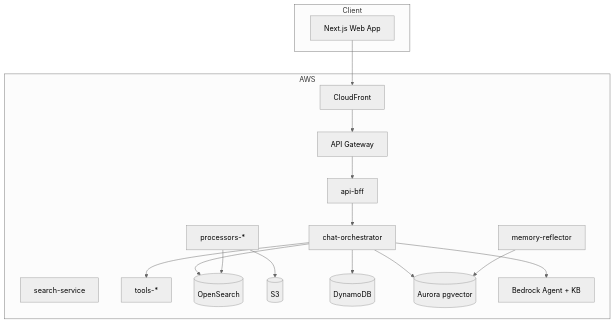
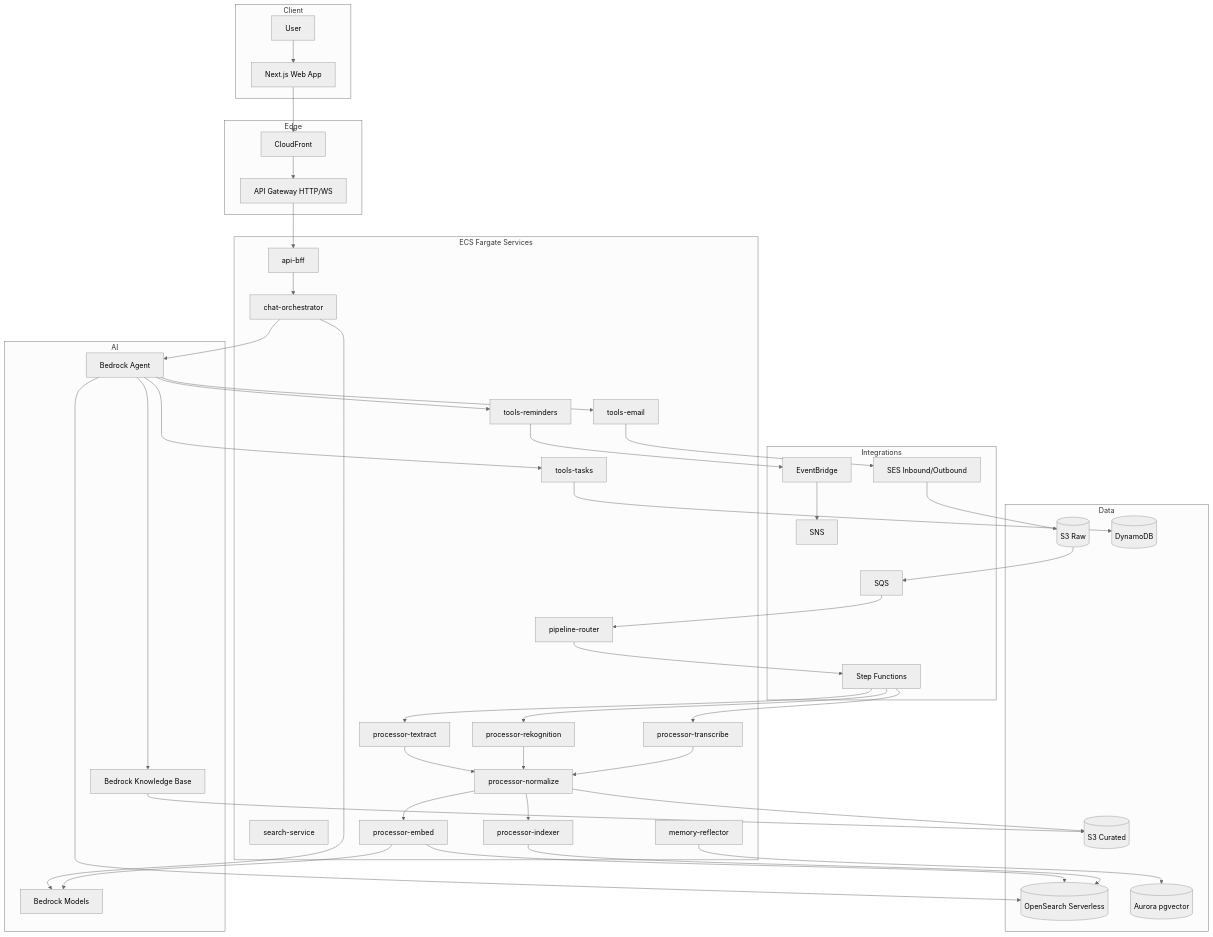
The sixth of 9 diagrams in README.md (fpresta0607/Jarvis), drawn with Mermaid (neutral theme) before and after one commit. The commit also changed other lines of this file, not shown here.

Commit message:
Refactor architecture diagram in README for improved clarity and detail in ingestion pipeline and service interactions

````diff
--- a/README.md
+++ b/README.md
@@ -172,29 +242,71 @@
 ```mermaid
 graph TB
   subgraph Client
-    Web[Next.js Web App]
+    Web["Next.js Web App"]
+    User["User"]
   end
-  subgraph AWS
-    CF[CloudFront]
-    APIGW[API Gateway]
-    ECS1[api-bff]
-    ECS2[chat-orchestrator]
-    ECS3[search-service]
-    Tools[tools-*]
-    Proc[processors-*]
-    Mem[memory-reflector]
-    OS[(OpenSearch)]
-    S3[(S3)]
-    DDB[(DynamoDB)]
-    AUR[(Aurora pgvector)]
-    BR[Bedrock Agent + KB]
+  User --> Web
+
+  subgraph Edge
+    CF["CloudFront"]
+    APIGW["API Gateway HTTP/WS"]
   end
-  Web --> CF --> APIGW --> ECS1 --> ECS2 --> BR
-  ECS2 --> OS
-  ECS2 --> Tools
-  ECS2 --> DDB
-  ECS2 --> AUR
-  Proc --> S3
-  Proc --> OS
-  Mem --> AUR
+  Web --> CF --> APIGW
+
+  subgraph Compute["ECS Fargate Services"]
+    BFF["api-bff"]
+    CHAT["chat-orchestrator"]
+    SEARCH["search-service"]
+    TEMAIL["tools-email"]
+    TTASKS["tools-tasks"]
+    TREM["tools-reminders"]
+    ROU["pipeline-router"]
+    PTEX["processor-textract"]
+    PREK["processor-rekognition"]
+    PTRA["processor-transcribe"]
+    PNORM["processor-normalize"]
+    PEMB["processor-embed"]
+    PINX["processor-indexer"]
+    MEM["memory-reflector"]
+  end
+
+  subgraph Data
+    S3R[("S3 Raw")]
+    S3C[("S3 Curated")]
+    OS[("OpenSearch Serverless")]
+    DDB[("DynamoDB")]
+    AUR[("Aurora pgvector")]
+  end
+
+  subgraph AI
+    KB["Bedrock Knowledge Base"]
+    Agent["Bedrock Agent"]
+    BR["Bedrock Models"]
+  end
+
+  subgraph Integrations
+    SES["SES Inbound/Outbound"]
+    SFN["Step Functions"]
+    SQS["SQS"]
+    EVB["EventBridge"]
+    SNS["SNS"]
+  end
+
+  APIGW --> BFF --> CHAT --> Agent
+  Agent --> KB --> S3C
+  Agent --> OS
+  Agent --> TEMAIL --> SES
+  Agent --> TTASKS --> DDB
+  Agent --> TREM --> EVB --> SNS
+
+  SES --> S3R --> SQS --> ROU --> SFN
+  SFN --> PTEX --> PNORM
+  SFN --> PREK --> PNORM
+  SFN --> PTRA --> PNORM
+  PNORM --> PEMB --> OS
+  PNORM --> PINX --> OS
+  PNORM --> S3C
+  MEM --> AUR
+  CHAT --> BR
+  PEMB --> BR
 ```
````
